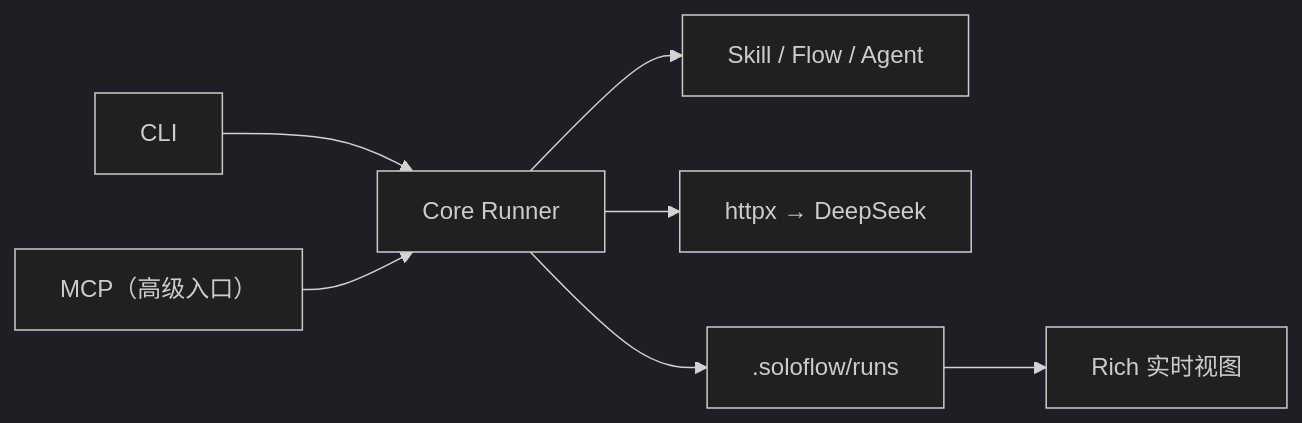
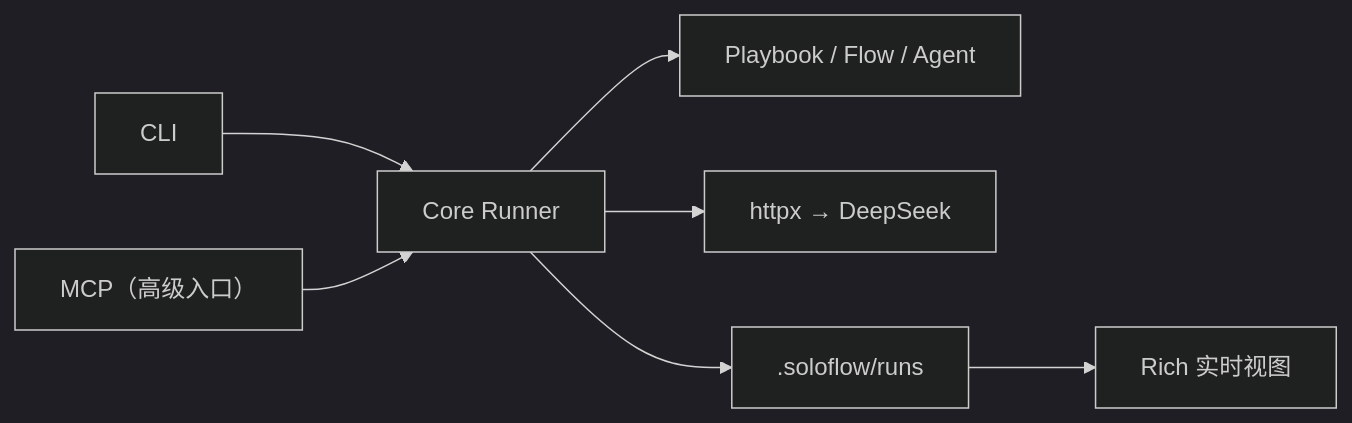
One commit to halexzd686-cloud/SoloFlow changed the diagram in docs/architecture.md. Above: the diagram before and after it, drawn with Mermaid (dark theme). The commit also changed other lines of this file and 5 other files, not shown here.

````diff
--- a/docs/architecture.md
+++ b/docs/architecture.md
@@ -5,9 +5,9 @@
 ```mermaid
 flowchart LR
     CLI["CLI"] --> Runner["Core Runner"]
     MCP["MCP（高级入口）"] --> Runner
-    Runner --> Assets["Skill / Flow / Agent"]
+    Runner --> Assets["Playbook / Flow / Agent"]
     Runner --> LLM["httpx → DeepSeek"]
     Runner --> Runs[".soloflow/runs"]
     Runs --> Live["Rich 实时视图"]
 ```
````
